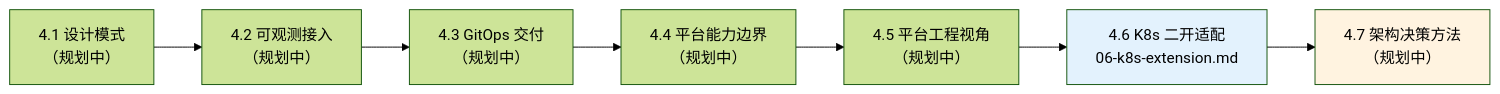
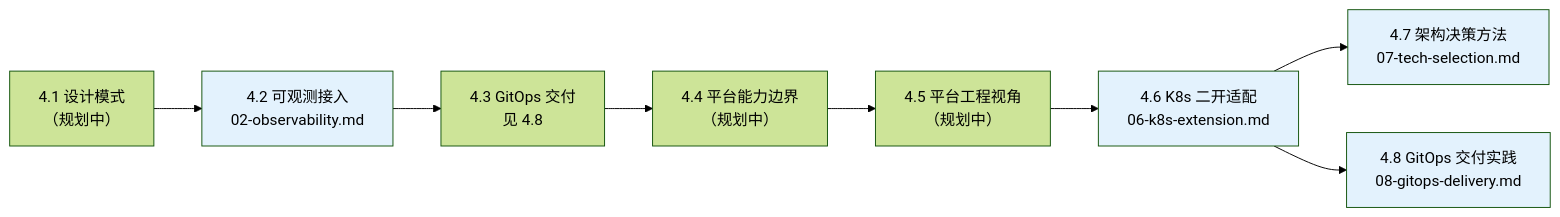
One commit to daidaiJ/ai-native-wiki changed the diagram in docs/part4-arch-advanced/README.md. Above: the diagram before and after it, drawn with Mermaid (forest theme). The commit also changed other lines of this file and 3 other files, not shown here.

Commit message:
docs: 结构梳理（根 README/LEARNING 同步新章节，part3/part4 路线图与覆盖关系修正）

````diff
--- a/docs/part4-arch-advanced/README.md
+++ b/docs/part4-arch-advanced/README.md
@@ -36,11 +36,14 @@
 ```mermaid
 flowchart LR
-    A["4.1 设计模式<br/>（规划中）"] --> B["4.2 可观测接入<br/>（规划中）"]
-    B --> C["4.3 GitOps 交付<br/>（规划中）"]
+    A["4.1 设计模式<br/>（规划中）"] --> B["4.2 可观测接入<br/>02-observability.md"]
+    B --> C["4.3 GitOps 交付<br/>见 4.8"]
     C --> D["4.4 平台能力边界<br/>（规划中）"]
     D --> E["4.5 平台工程视角<br/>（规划中）"]
     E --> F["4.6 K8s 二开适配<br/>06-k8s-extension.md"]
-    F --> G["4.7 架构决策方法<br/>（规划中）"]
+    F --> G["4.7 架构决策方法<br/>07-tech-selection.md"]
+    F --> H["4.8 GitOps 交付实践<br/>08-gitops-delivery.md"]
+    style B fill:#e3f2fd
     style F fill:#e3f2fd
-    style G fill:#fff3e0
+    style G fill:#e3f2fd
+    style H fill:#e3f2fd
 ```
````
